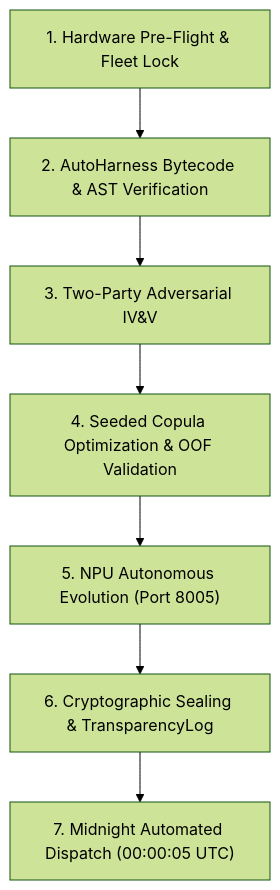
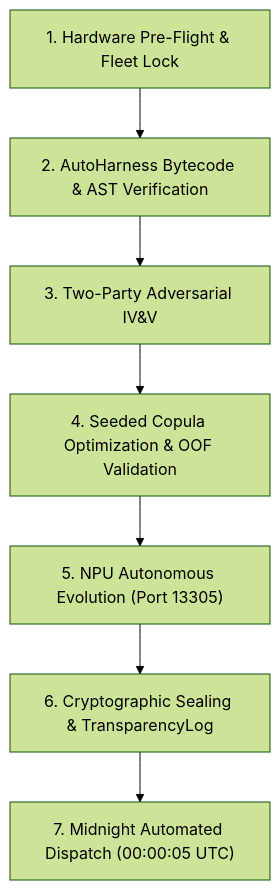
Before and after one commit to manderson240/cohezion: the diagram in .agent/workflows/kaggle-offline-ascension.md, drawn with Mermaid (forest theme). The commit also changed other lines of this file and 11 other files, not shown here.

````diff
--- a/.agent/workflows/kaggle-offline-ascension.md
+++ b/.agent/workflows/kaggle-offline-ascension.md
@@ -18,9 +18,9 @@
 ```mermaid
 flowchart TD
     A["1. Hardware Pre-Flight & Fleet Lock"] --> B["2. AutoHarness Bytecode & AST Verification"]
     B --> C["3. Two-Party Adversarial IV&V"]
     C --> D["4. Seeded Copula Optimization & OOF Validation"]
-    D --> E["5. NPU Autonomous Evolution (Port 8005)"]
+    D --> E["5. NPU Autonomous Evolution (Port 13305)"]
     E --> F["6. Cryptographic Sealing & TransparencyLog"]
     F --> G["7. Midnight Automated Dispatch (00:00:05 UTC)"]
 ```
````
